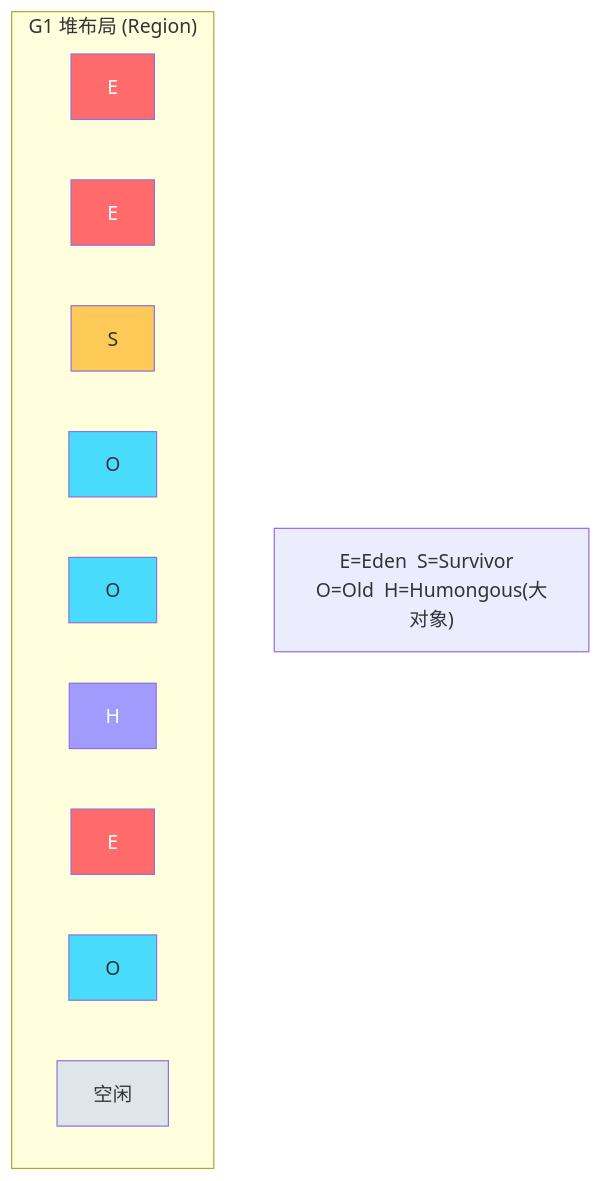
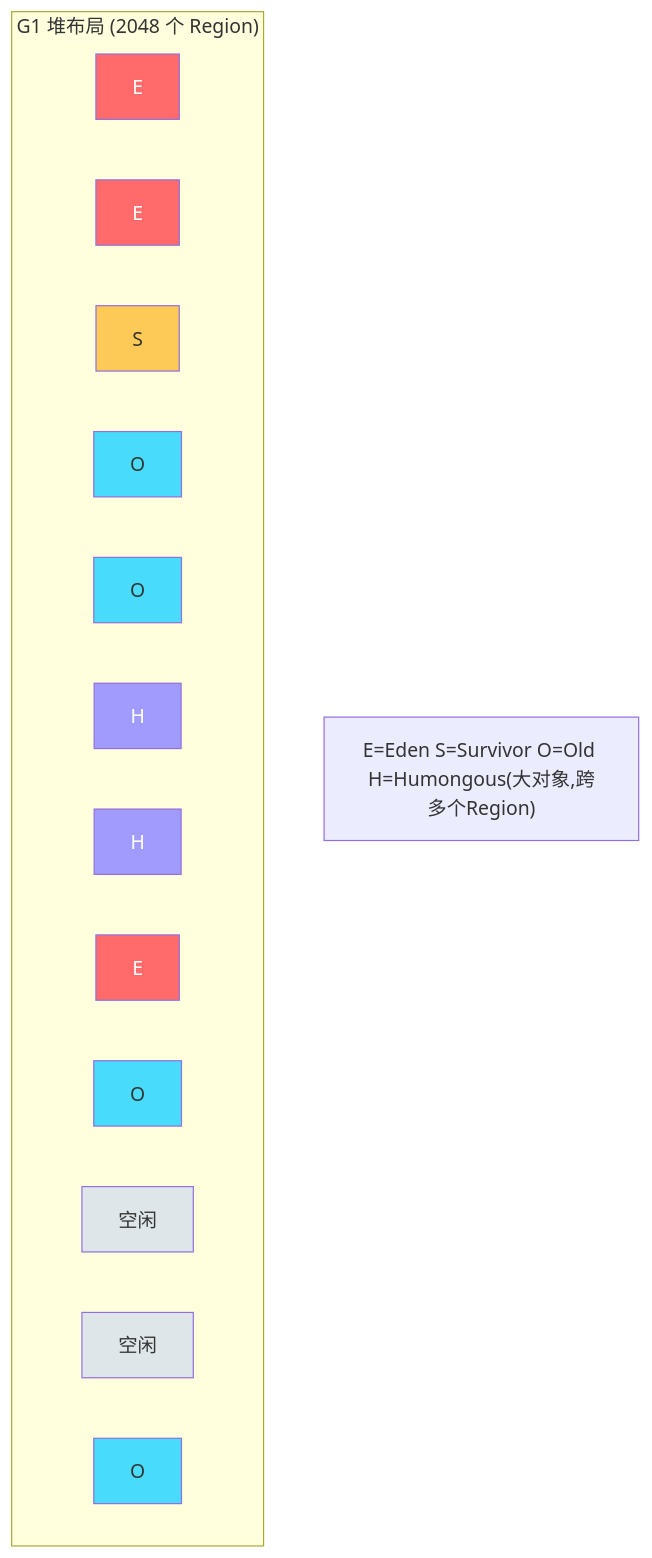
Before and after one commit to qigao0787-ops/gq-test: diagram 11 of 34 in document/strengthen/性能调优面试总结_增强版.md, drawn with Mermaid. The commit also changed other lines of this file, not shown here.

````diff
--- a/document/strengthen/性能调优面试总结_增强版.md
+++ b/document/strengthen/性能调优面试总结_增强版.md
@@ -296,26 +668,33 @@
 ```mermaid
 flowchart TB
-    subgraph G1堆布局["G1 堆布局 (Region)"]
+    subgraph G1堆布局["G1 堆布局 (2048 个 Region)"]
+        direction LR
         R1["E"] 
         R2["E"]
         R3["S"]
         R4["O"]
         R5["O"]
         R6["H"]
-        R7["E"]
-        R8["O"]
-        R9["空闲"]
+        R7["H"]
+        R8["E"]
+        R9["O"]
+        R10["空闲"]
+        R11["空闲"]
+        R12["O"]
     end
 
-    Note["E=Eden  S=Survivor  O=Old  H=Humongous(大对象)"]
+    Note["E=Eden S=Survivor O=Old H=Humongous(大对象,跨多个Region)"]
 
     style R1 fill:#ff6b6b,color:#fff
     style R2 fill:#ff6b6b,color:#fff
-    style R7 fill:#ff6b6b,color:#fff
+    style R8 fill:#ff6b6b,color:#fff
     style R3 fill:#feca57
     style R4 fill:#48dbfb
     style R5 fill:#48dbfb
-    style R8 fill:#48dbfb
+    style R9 fill:#48dbfb
+    style R12 fill:#48dbfb
     style R6 fill:#a29bfe,color:#fff
-    style R9 fill:#dfe6e9
+    style R7 fill:#a29bfe,color:#fff
+    style R10 fill:#dfe6e9
+    style R11 fill:#dfe6e9
 ```
````
